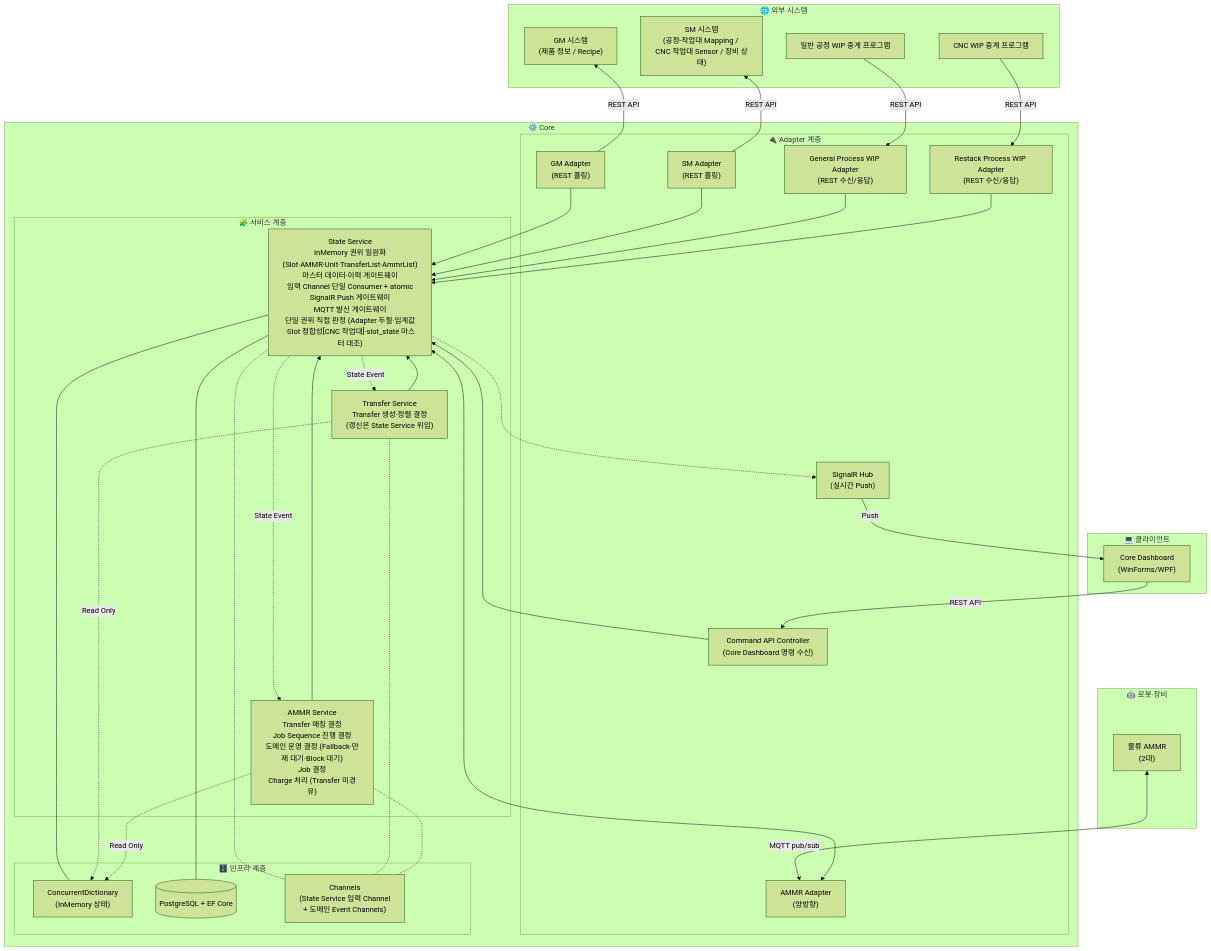
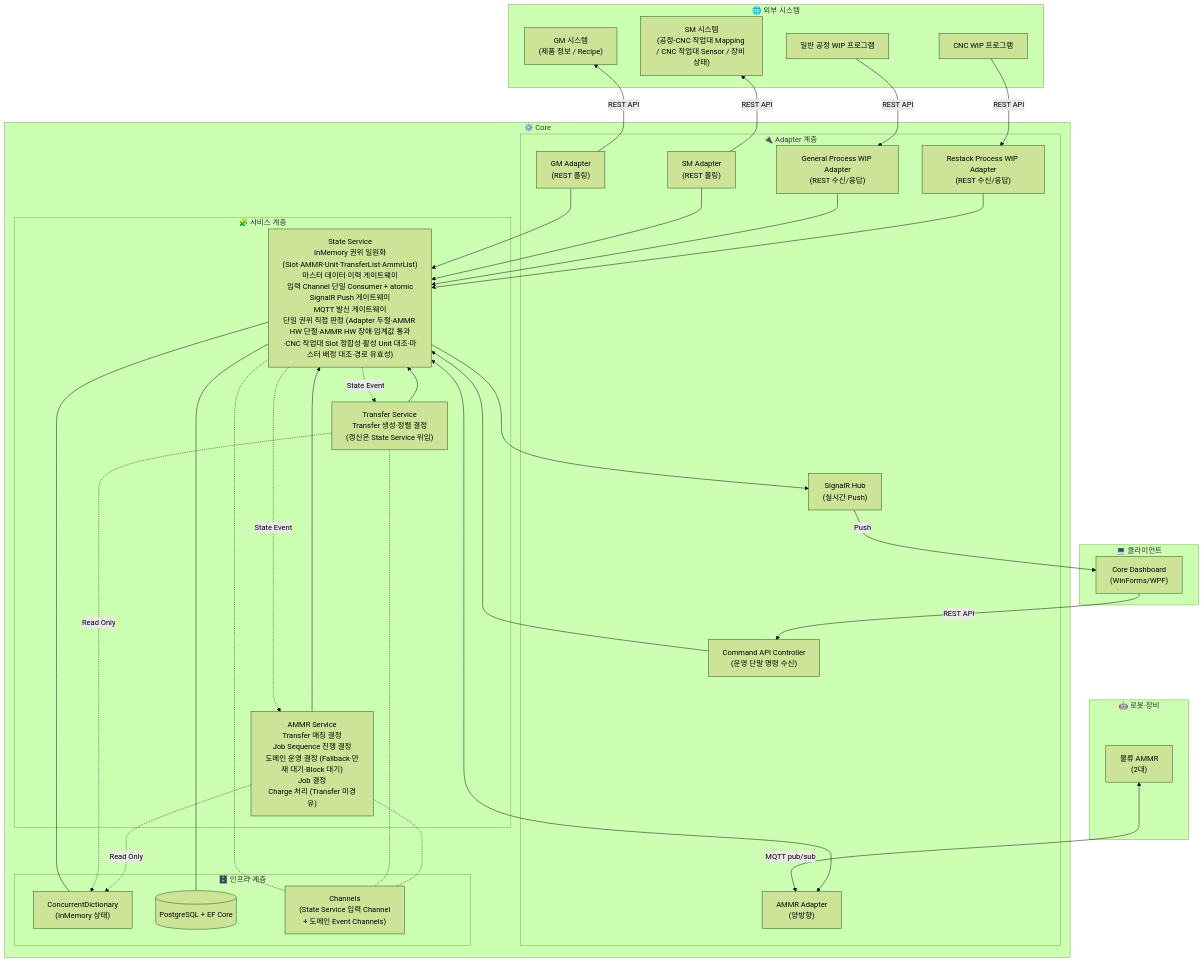
The third of 3 diagrams in docs/Core_SAD.md (kimminsu0315/Core-Docs), drawn with Mermaid (forest theme) before and after one commit. The commit also changed other lines of this file and 7 other files, not shown here.

```diff
--- a/docs/Core_SAD.md
+++ b/docs/Core_SAD.md
@@ -279,9 +273,9 @@
 flowchart TB
     subgraph External["🌐 외부 시스템"]
         GM["GM 시스템<br/>(제품 정보 / Recipe)"]
-        SM["SM 시스템<br/>(공정-작업대 Mapping / CNC 작업대 Sensor / 장비 상태)"]
-        WIPGen["일반 공정 WIP 중계 프로그램"]
-        WIPRestack["CNC WIP 중계 프로그램"]
+        SM["SM 시스템<br/>(공정-CNC 작업대 Mapping / CNC 작업대 Sensor / 장비 상태)"]
+        WIPGen["일반 공정 WIP 프로그램"]
+        WIPRestack["CNC WIP 프로그램"]
     end
 
     subgraph Robot["🤖 로봇·장비"]
@@ -300,11 +294,11 @@
             WIPRestackAdapter["Restack Process WIP Adapter<br/>(REST 수신/응답)"]
             MQTTAdapter["AMMR Adapter<br/>(양방향)"]
             SignalRHub["SignalR Hub<br/>(실시간 Push)"]
-            CommandAPI["Command API Controller<br/>(Core Dashboard 명령 수신)"]
+            CommandAPI["Command API Controller<br/>(운영 단말 명령 수신)"]
         end
 
         subgraph Service["🧩 서비스 계층"]
-            StateService["State Service<br/>InMemory 권위 일원화<br/>(Slot·AMMR·Unit·TransferList·AmmrList)<br/>마스터 데이터·이력 게이트웨이<br/>입력 Channel 단일 Consumer + atomic<br/>SignalR Push 게이트웨이<br/>MQTT 발신 게이트웨이<br/>단일 권위 직접 판정 (Adapter 두절·임계값·Slot 정합성[CNC 작업대]·slot_state 마스터 대조)"]
+            StateService["State Service<br/>InMemory 권위 일원화<br/>(Slot·AMMR·Unit·TransferList·AmmrList)<br/>마스터 데이터·이력 게이트웨이<br/>입력 Channel 단일 Consumer + atomic<br/>SignalR Push 게이트웨이<br/>MQTT 발신 게이트웨이<br/>단일 권위 직접 판정 (Adapter 두절·AMMR HW 단절·AMMR HW 장애·임계값 통과·CNC 작업대 Slot 정합성·활성 Unit 대조·마스터 배정 대조·경로 유효성)"]
             TransferService["Transfer Service<br/>Transfer 생성·정렬 결정<br/>(갱신은 State Service 위임)"]
             AMMRService["AMMR Service<br/>Transfer 매칭 결정<br/>Job Sequence 진행 결정<br/>도메인 운영 결정 (Fallback·만재 대기·Block 대기)<br/>Job 결정<br/>Charge 처리 (Transfer 미경유)"]
         end
@@ -347,7 +341,7 @@
     TransferService --> StateService
     AMMRService --> StateService
 
-    StateService -.-> SignalRHub
+    StateService --> SignalRHub
 
     StateService --- Memory
     StateService --- DB
```
